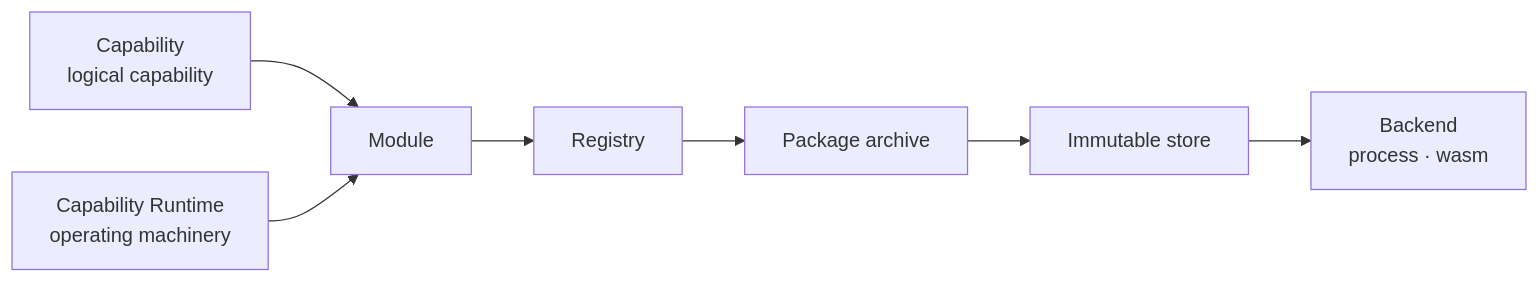
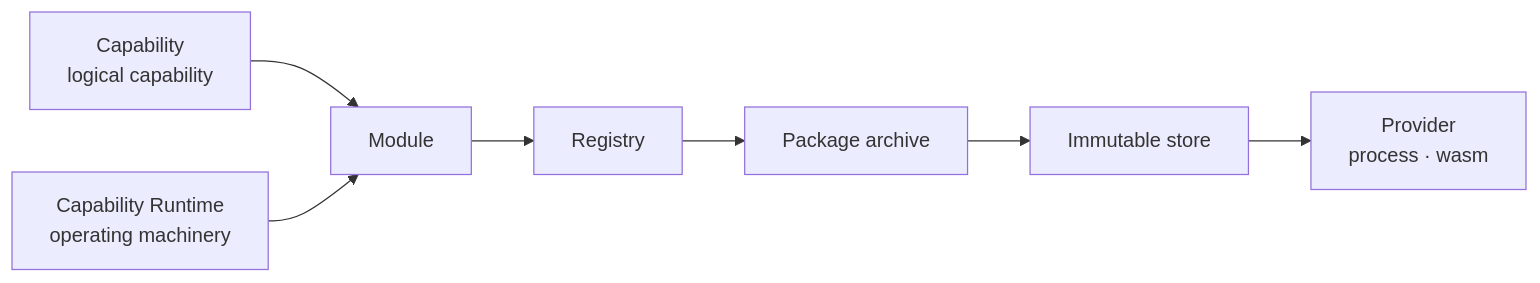
One commit to neuron-runtime/neuron changed the first of 3 diagrams in docs/MODULES.md. Above: the diagram before and after it, drawn with Mermaid. The commit also changed 26 other files, not shown here.

````diff
--- a/docs/MODULES.md
+++ b/docs/MODULES.md
@@ -7,9 +7,9 @@
 ```mermaid
 flowchart LR
     SRV[Capability<br/>logical capability] --> MOD[Module]
     EXE[Capability Runtime<br/>operating machinery] --> MOD
     MOD --> REG[Registry]
     REG --> PKG[Package archive]
     PKG --> STORE[Immutable store]
-    STORE --> RT[Backend<br/>process · wasm]
+    STORE --> RT[Provider<br/>process · wasm]
 ```
````
